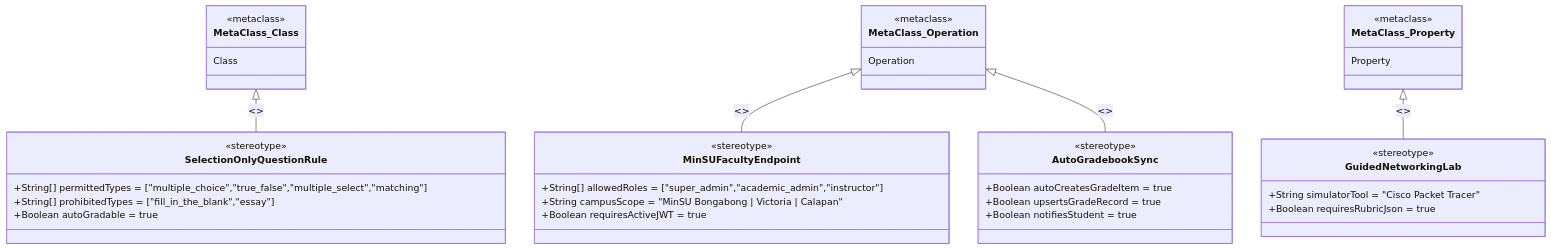
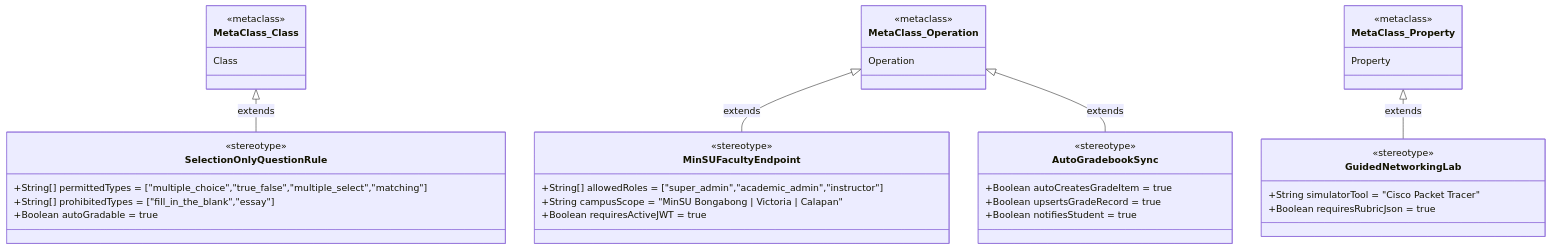
The eighth of 17 diagrams in INSTRUCTOR_SYSTEM_MODELING_DIAGRAMS.md (Leonard11223/INSTRUCTOR-), drawn with Mermaid before and after one commit. The commit also changed other lines of this file, not shown here.

Commit message:
Add complete Instructor system modeling diagrams — all 8 structural + 9 behavioral diagrams (MinSU E-Learn & Networking Academy)

````diff
--- a/INSTRUCTOR_SYSTEM_MODELING_DIAGRAMS.md
+++ b/INSTRUCTOR_SYSTEM_MODELING_DIAGRAMS.md
@@ -570,47 +430,47 @@
 ```mermaid
 classDiagram
     class MetaClass_Class {
         <<metaclass>>
         Class
     }
     class MetaClass_Operation {
         <<metaclass>>
         Operation
     }
     class MetaClass_Property {
         <<metaclass>>
         Property
     }
 
     class MinSUFacultyEndpoint {
         <<stereotype>>
         +String[] allowedRoles = ["super_admin","academic_admin","instructor"]
         +String campusScope = "MinSU Bongabong | Victoria | Calapan"
         +Boolean requiresActiveJWT = true
     }
 
     class SelectionOnlyQuestionRule {
         <<stereotype>>
         +String[] permittedTypes = ["multiple_choice","true_false","multiple_select","matching"]
         +String[] prohibitedTypes = ["fill_in_the_blank","essay"]
         +Boolean autoGradable = true
     }
 
     class AutoGradebookSync {
         <<stereotype>>
         +Boolean autoCreatesGradeItem = true
         +Boolean upsertsGradeRecord = true
         +Boolean notifiesStudent = true
     }
 
     class GuidedNetworkingLab {
         <<stereotype>>
         +String simulatorTool = "Cisco Packet Tracer"
         +Boolean requiresRubricJson = true
     }
 
-    MetaClass_Operation <|-- MinSUFacultyEndpoint : <<extends>>
-    MetaClass_Class <|-- SelectionOnlyQuestionRule : <<extends>>
-    MetaClass_Operation <|-- AutoGradebookSync : <<extends>>
-    MetaClass_Property <|-- GuidedNetworkingLab : <<extends>>
+    MetaClass_Operation <|-- MinSUFacultyEndpoint : extends
+    MetaClass_Class <|-- SelectionOnlyQuestionRule : extends
+    MetaClass_Operation <|-- AutoGradebookSync : extends
+    MetaClass_Property <|-- GuidedNetworkingLab : extends
 ```
````
